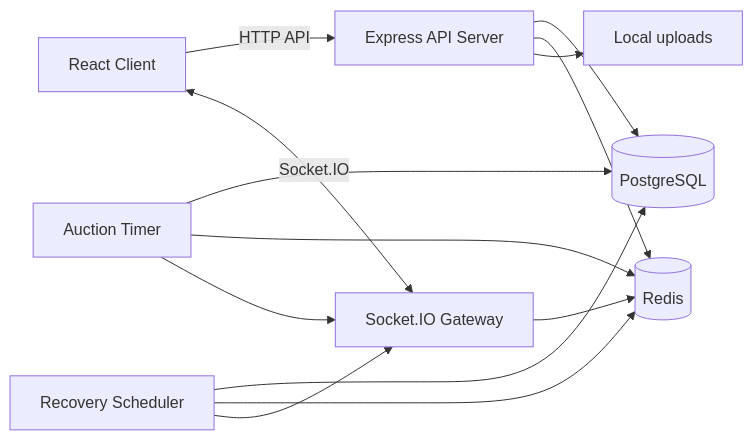
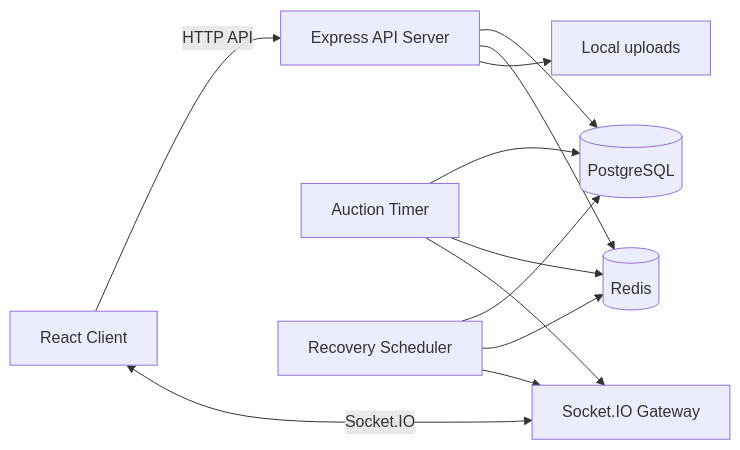
Before and after one commit to hurwan0629/potato-land: the first of 3 diagrams in docs/Potato-Land-Docs/07. 아키텍처/전체 서버 아키텍처.md, drawn with Mermaid. The commit also changed other lines of this file and 70 other files, not shown here.

````diff
--- a/docs/Potato-Land-Docs/07. 아키텍처/전체 서버 아키텍처.md
+++ b/docs/Potato-Land-Docs/07. 아키텍처/전체 서버 아키텍처.md
@@ -9,15 +9,14 @@
 ```mermaid
 flowchart LR
     Client[React Client] -->|HTTP API| API[Express API Server]
     Client <-->|Socket.IO| Socket[Socket.IO Gateway]
     API --> PG[(PostgreSQL)]
     API --> Redis[(Redis)]
-    Socket --> Redis
     Timer[Auction Timer] --> PG
     Timer --> Redis
     Timer --> Socket
     Recovery[Recovery Scheduler] --> PG
     Recovery --> Redis
     Recovery --> Socket
     API --> Uploads[Local uploads]
 ```
````
